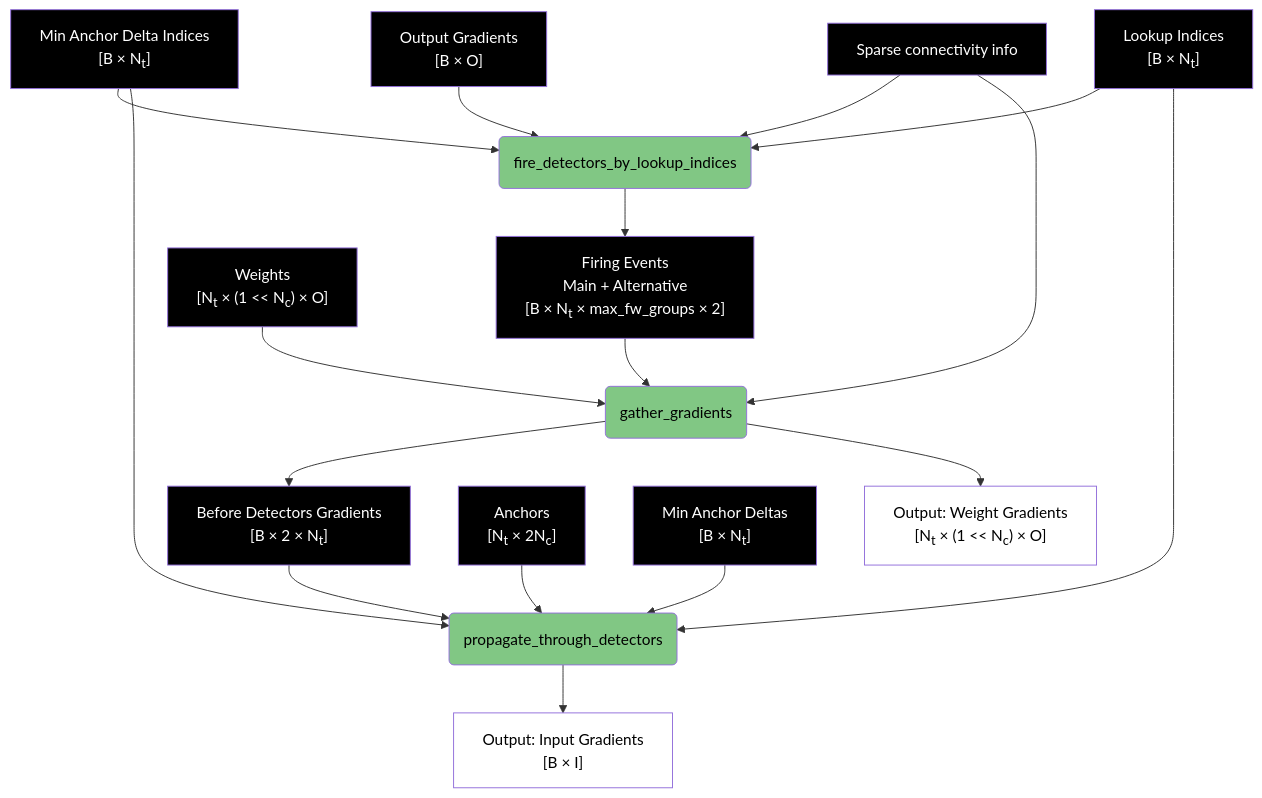
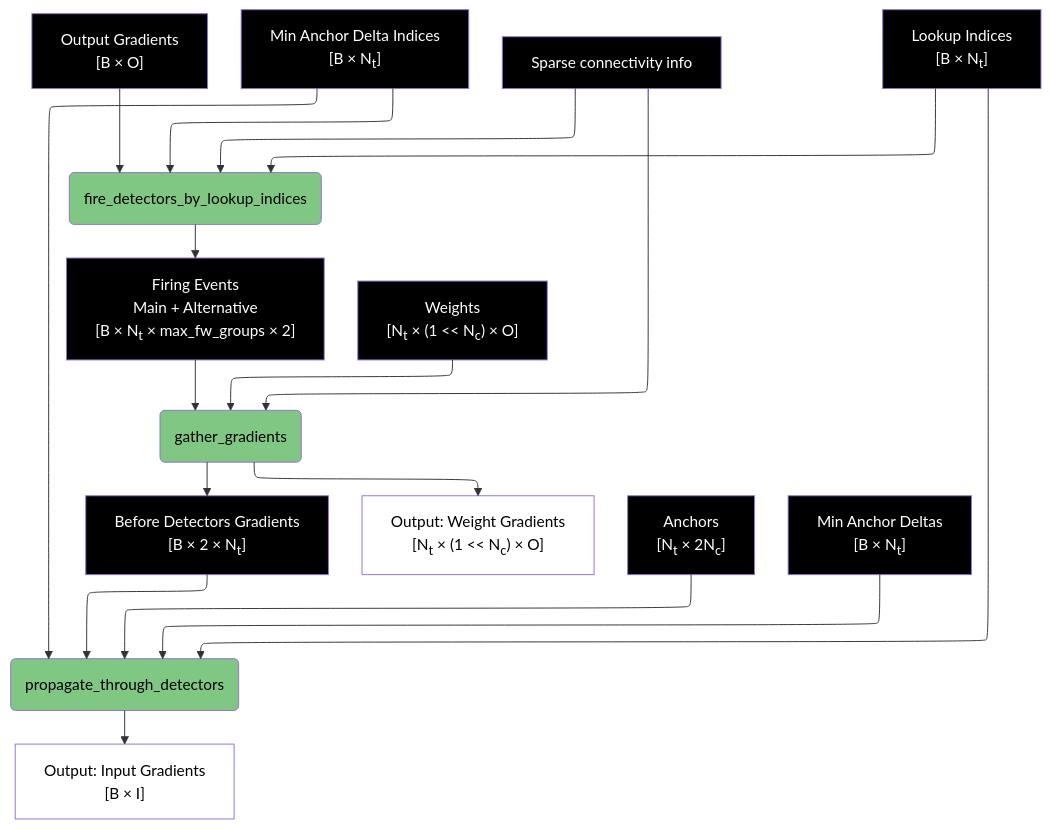
Before and after one commit to anatoli-starostin/spiky: the fourth of 8 diagrams in spiky_cuda/lut/doc/LUT_RUNTIME_DATA_FLOW.md, drawn with Mermaid. The commit also changed other lines of this file and 1 other file, not shown here.

````diff
--- a/spiky_cuda/lut/doc/LUT_RUNTIME_DATA_FLOW.md
+++ b/spiky_cuda/lut/doc/LUT_RUNTIME_DATA_FLOW.md
@@ -125,38 +128,39 @@
 ```mermaid
+%%{init: { "flowchart": { "defaultRenderer": "elk" } }}%%
 flowchart TD
     A["Output Gradients<br/>[B × O]"] --> B(fire_detectors_by_lookup_indices)
     M9["Min Anchor Delta Indices<br/>[B × N<sub>t</sub>]"] --> B
     SC2["Sparse connectivity info"] --> B
     L5["Lookup Indices<br/>[B × N<sub>t</sub>]"] --> B
     
     B --> C["Firing Events<br/>Main&nbsp;+&nbsp;Alternative<br/>[B&nbsp;×&nbsp;N<sub>t</sub>&nbsp;×&nbsp;max_fw_groups&nbsp;×&nbsp;2]"]
     
     W4["Weights<br/>[N<sub>t</sub> × (1 << N<sub>c</sub>) × O]"] --> D(gather_gradients)
     SC2 --> D
     C --> D
     
     D --> E["Before Detectors Gradients<br/>[B × 2 × N<sub>t</sub>]"]
     D --> F["Output: Weight Gradients<br/>[N<sub>t</sub>&nbsp;×&nbsp;(1&nbsp;<<&nbsp;N<sub>c</sub>)&nbsp;×&nbsp;O]"]
     
     D4["Anchors<br/>[N<sub>t</sub> × 2N<sub>c</sub>]"] --> G(propagate_through_detectors)
     M3["Min Anchor Deltas<br/>[B × N<sub>t</sub>]"] --> G
     M9 --> G
     L5 --> G
     E --> G
     G --> H["Output: Input Gradients<br/>[B × I]"]
     
     style B fill:#81c784,color:#000000
     style D fill:#81c784,color:#000000
     style G fill:#81c784,color:#000000
     style F fill:#ffffff,color:#000000
     style H fill:#ffffff,color:#000000
     style A fill:#000000,color:#ffffff
     style W4 fill:#000000,color:#ffffff
     style L5 fill:#000000,color:#ffffff
     style M3 fill:#000000,color:#ffffff
     style M9 fill:#000000,color:#ffffff
     style D4 fill:#000000,color:#ffffff
     style SC2 fill:#000000,color:#ffffff
     style E fill:#000000,color:#ffffff
     style C fill:#000000,color:#ffffff
 ```
````
